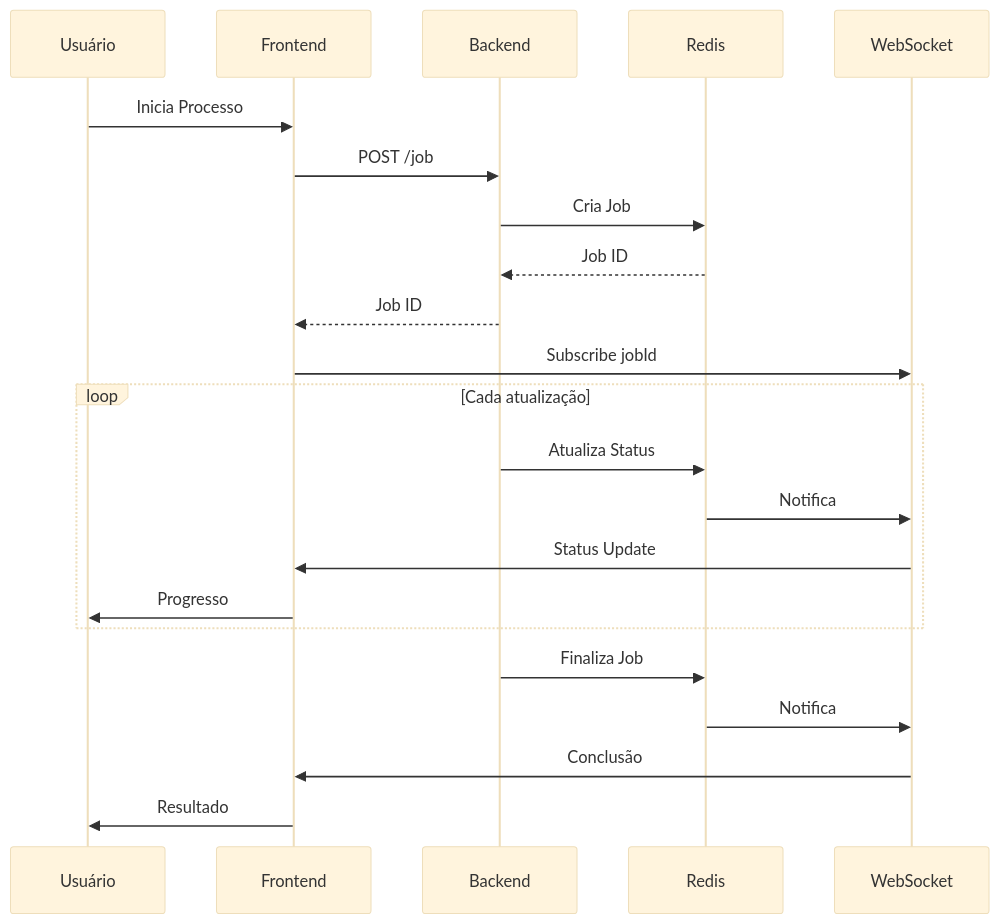
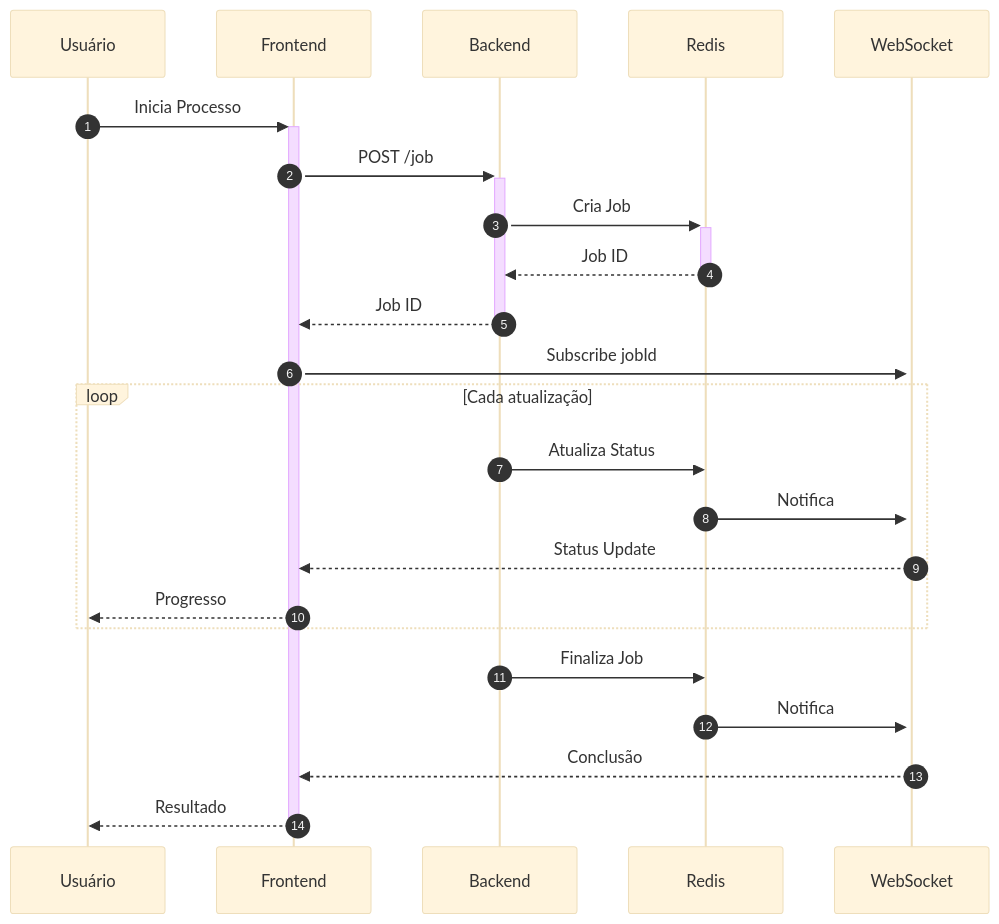
Before and after one commit to thespamer/propos4l: the third of 3 diagrams in doc/system_operation.md, drawn with Mermaid (base theme). The commit also changed other lines of this file and 37 other files, not shown here.

````diff
--- a/doc/system_operation.md
+++ b/doc/system_operation.md
@@ -100,27 +109,28 @@
 ```mermaid
 sequenceDiagram
+    autonumber
     participant U as Usuário
     participant FE as Frontend
     participant BE as Backend
     participant Cache as Redis
     participant WS as WebSocket
 
-    U->>FE: Inicia Processo
-    FE->>BE: POST /job
-    BE->>Cache: Cria Job
-    Cache-->>BE: Job ID
-    BE-->>FE: Job ID
-    FE->>WS: Subscribe jobId
+    U->>+FE: Inicia Processo
+    FE->>+BE: POST /job
+    BE->>+Cache: Cria Job
+    Cache-->>-BE: Job ID
+    BE-->>-FE: Job ID
+    FE->>+WS: Subscribe jobId
     
     loop Cada atualização
         BE->>Cache: Atualiza Status
         Cache->>WS: Notifica
-        WS->>FE: Status Update
-        FE->>U: Progresso
+        WS-->>FE: Status Update
+        FE-->>U: Progresso
     end
 
     BE->>Cache: Finaliza Job
     Cache->>WS: Notifica
-    WS->>FE: Conclusão
-    FE->>U: Resultado
+    WS-->>FE: Conclusão
+    FE-->>-U: Resultado
 ```
````
